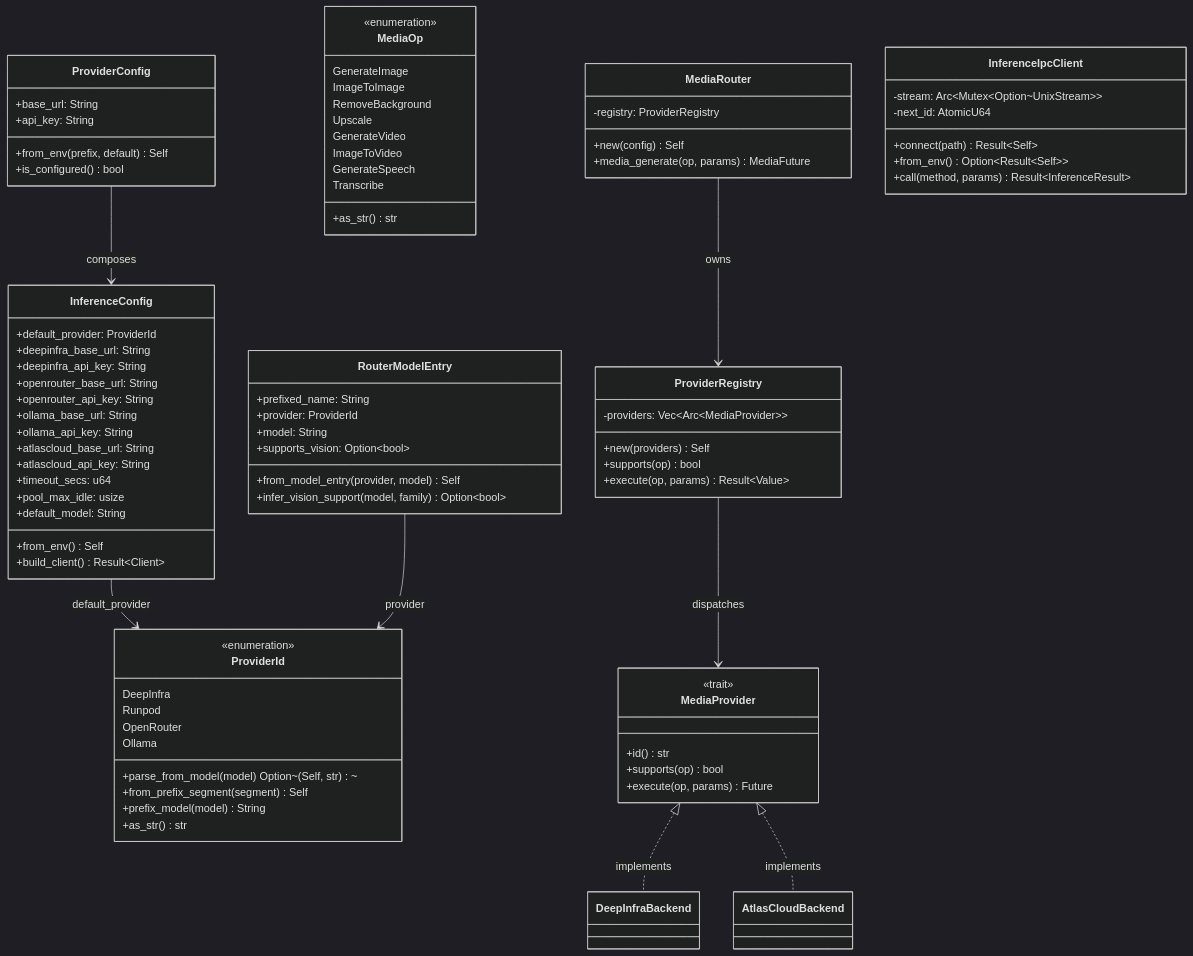
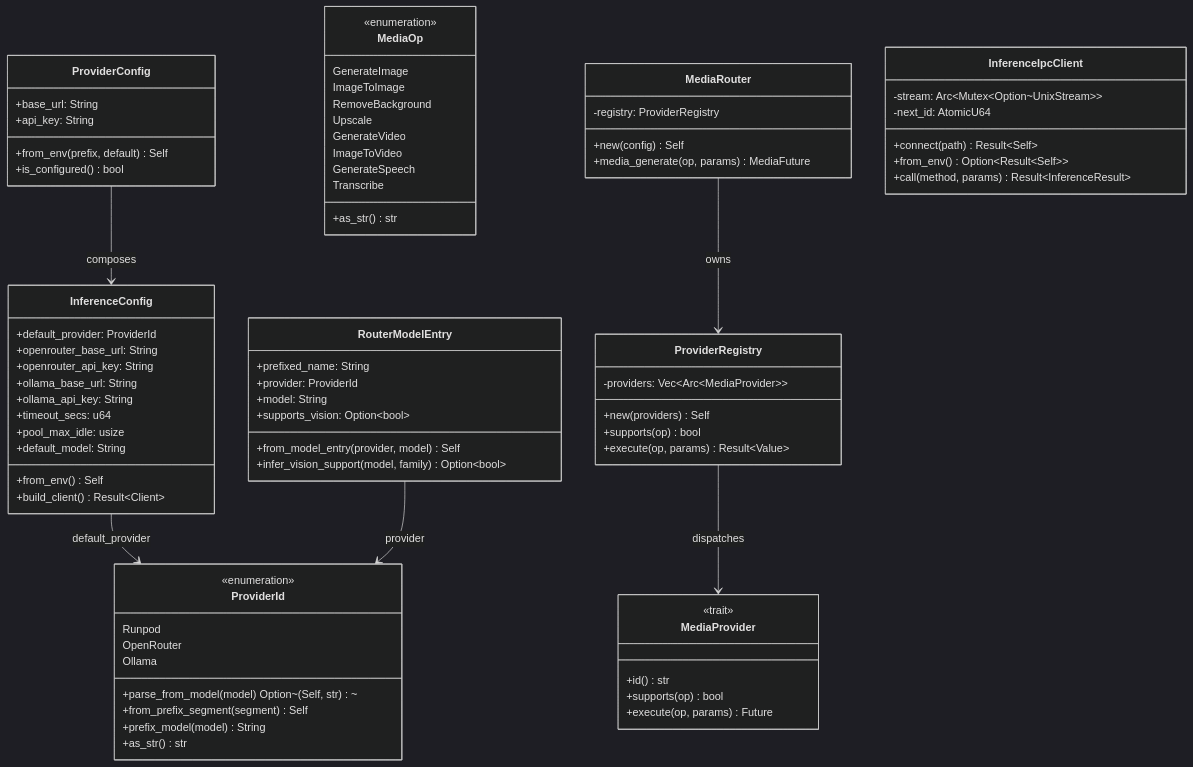
One commit to mdz-axo/zed-kask changed the diagram in kask/docs/diataxis/hkask-inference/reference.md. Above: the diagram before and after it, drawn with Mermaid (dark theme). The commit also changed other lines of this file and 21 other files, not shown here.

First line of the commit message:
Simplify convergence tracker and remove DeepInfra

````diff
--- a/kask/docs/diataxis/hkask-inference/reference.md
+++ b/kask/docs/diataxis/hkask-inference/reference.md
@@ -85,7 +85,6 @@
 classDiagram
     class ProviderId {
         <<enumeration>>
-        DeepInfra
         Runpod
         OpenRouter
         Ollama
@@ -96,14 +95,10 @@
     }
     class InferenceConfig {
         +default_provider: ProviderId
-        +deepinfra_base_url: String
-        +deepinfra_api_key: String
         +openrouter_base_url: String
         +openrouter_api_key: String
         +ollama_base_url: String
         +ollama_api_key: String
-        +atlascloud_base_url: String
-        +atlascloud_api_key: String
         +timeout_secs: u64
         +pool_max_idle: usize
         +default_model: String
@@ -165,7 +160,5 @@
     ProviderConfig --> InferenceConfig : composes
     MediaRouter --> ProviderRegistry : owns
     ProviderRegistry --> MediaProvider : dispatches
-    MediaProvider <|.. DeepInfraBackend : implements
-    MediaProvider <|.. AtlasCloudBackend : implements
     RouterModelEntry --> ProviderId : provider
 ```
````
